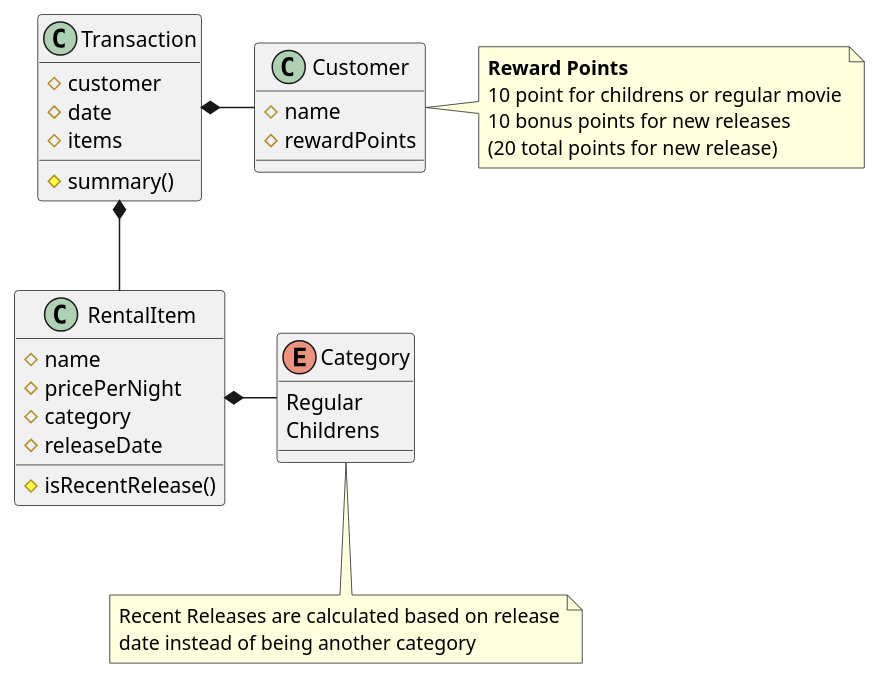
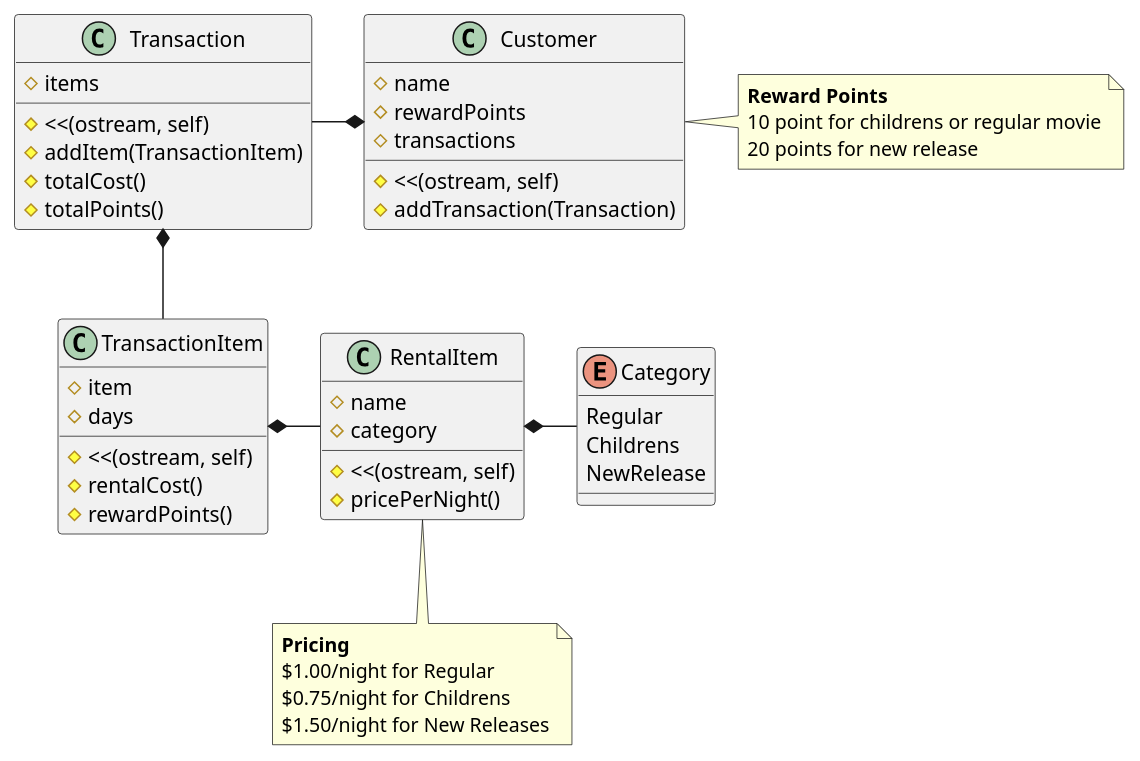
The diagram in CS480/Assignments/Assignment 05/UML/ClassDiag.wsd (0xADD1E/Uni-18.1), drawn with PlantUML before and after one commit. The commit also changed 13 other files, not shown here.

Commit message:
Everything but the sequence diagram for softwareEng

```diff
--- a/CS480/Assignments/Assignment 05/UML/ClassDiag.wsd
+++ b/CS480/Assignments/Assignment 05/UML/ClassDiag.wsd
@@ -1,34 +1,50 @@
 @startuml ClassDiag
-Transaction *- Customer
-Transaction *-- RentalItem
+Transaction -* Customer
+Transaction *-- TransactionItem
+TransactionItem *- RentalItem
 RentalItem *- Category
 
 class Customer{
     #name
     #rewardPoints
+    #transactions
+    #<<(ostream, self)
+    #addTransaction(Transaction)
 }
 note right
 <b>Reward Points</b>
 10 point for childrens or regular movie
-10 bonus points for new releases
-(20 total points for new release)
+20 points for new release
 end note
 class Transaction{
-    #customer
-    #date
     #items
-    #summary()
+    #<<(ostream, self)
+    #addItem(TransactionItem)
+    #totalCost()
+    #totalPoints()
+}
+class TransactionItem{
+    #item
+    #days
+    #<<(ostream, self)
+    #rentalCost()
+    #rewardPoints()
 }
 class RentalItem {
     #name
-    #pricePerNight
     #category
-    #releaseDate
-    #isRecentRelease()
+    #<<(ostream, self)
+    #pricePerNight()
 }
+note bottom
+<b>Pricing</b>
+$1.00/night for Regular
+$0.75/night for Childrens
+$1.50/night for New Releases
+end note
 enum Category{
     Regular
     Childrens
+    NewRelease
 }
-note bottom: Recent Releases are calculated based on release\ndate instead of being another category
 @enduml
```
